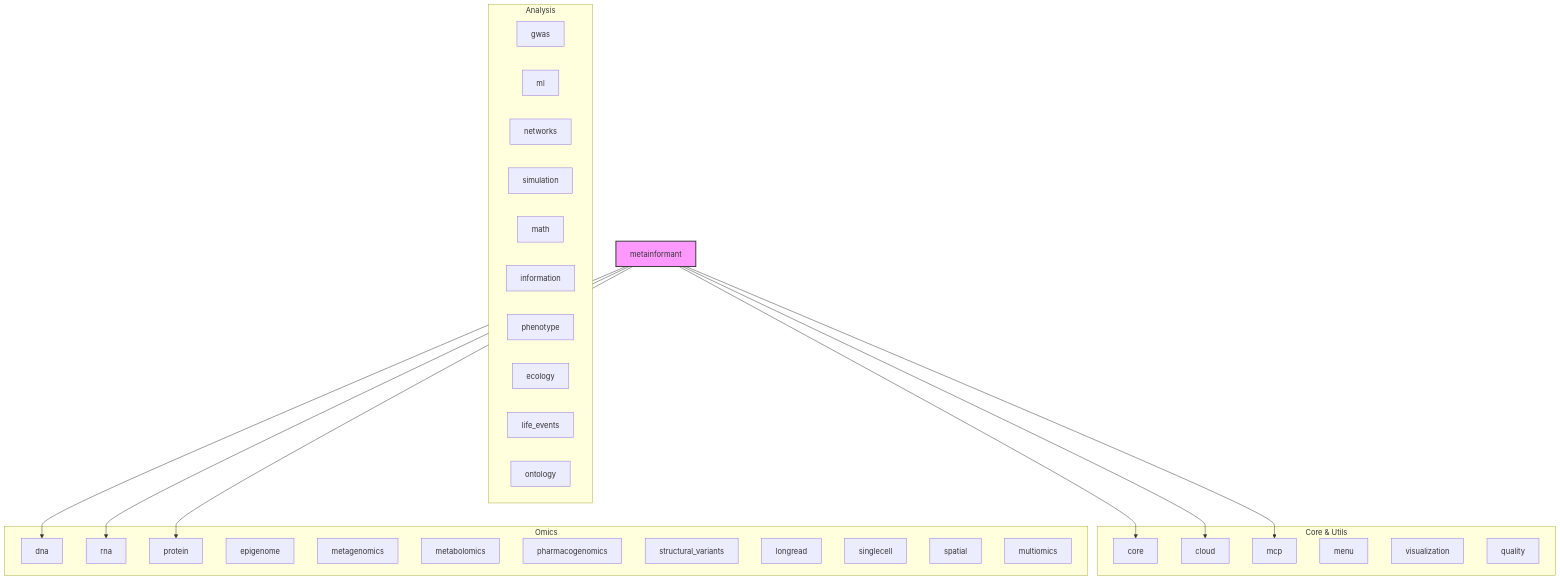
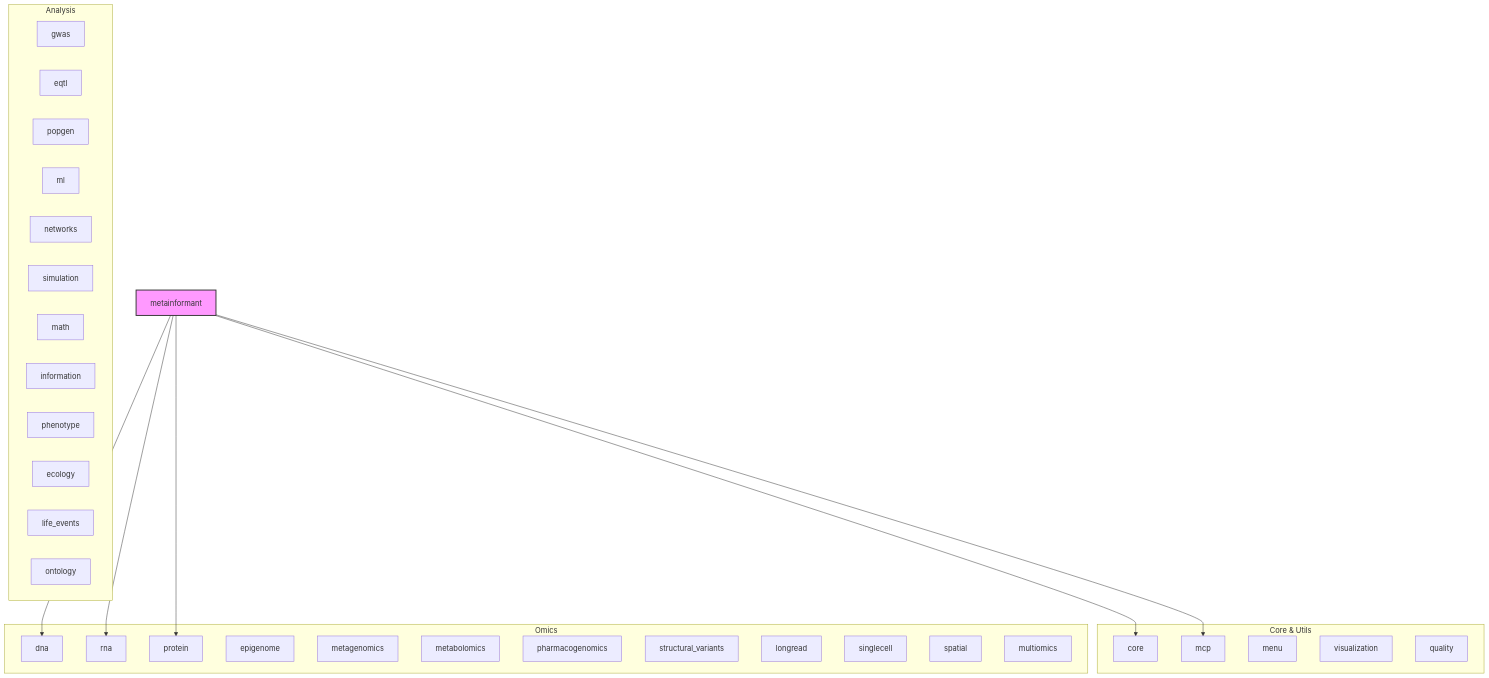
The diagram in src/metainformant/README.md (docxology/MetaInformAnt), drawn with Mermaid before and after one commit. The commit also changed other lines of this file and 633 other files, not shown here.

````diff
--- a/src/metainformant/README.md
+++ b/src/metainformant/README.md
@@ -42,49 +43,49 @@
 ```mermaid
 graph TD
     metainformant[metainformant]
     style metainformant fill:#f9f,stroke:#333,stroke-width:2px
 
     subgraph "Core & Utils"
         core[core]
-        cloud[cloud]
         mcp[mcp]
         menu[menu]
         visualization[visualization]
         quality[quality]
     end
 
     subgraph "Omics"
         dna[dna]
         rna[rna]
         protein[protein]
         epigenome[epigenome]
         metagenomics[metagenomics]
         metabolomics[metabolomics]
         pharmacogenomics[pharmacogenomics]
         structural_variants[structural_variants]
         longread[longread]
         singlecell[singlecell]
         spatial[spatial]
         multiomics[multiomics]
     end
 
     subgraph "Analysis"
         gwas[gwas]
+        eqtl[eqtl]
+        popgen[popgen]
         ml[ml]
         networks[networks]
         simulation[simulation]
         math[math]
         information[information]
         phenotype[phenotype]
         ecology[ecology]
         life_events[life_events]
         ontology[ontology]
     end
 
     metainformant --> core
-    metainformant --> cloud
     metainformant --> mcp
     metainformant --> dna
     metainformant --> rna
     metainformant --> protein
 ```
````
